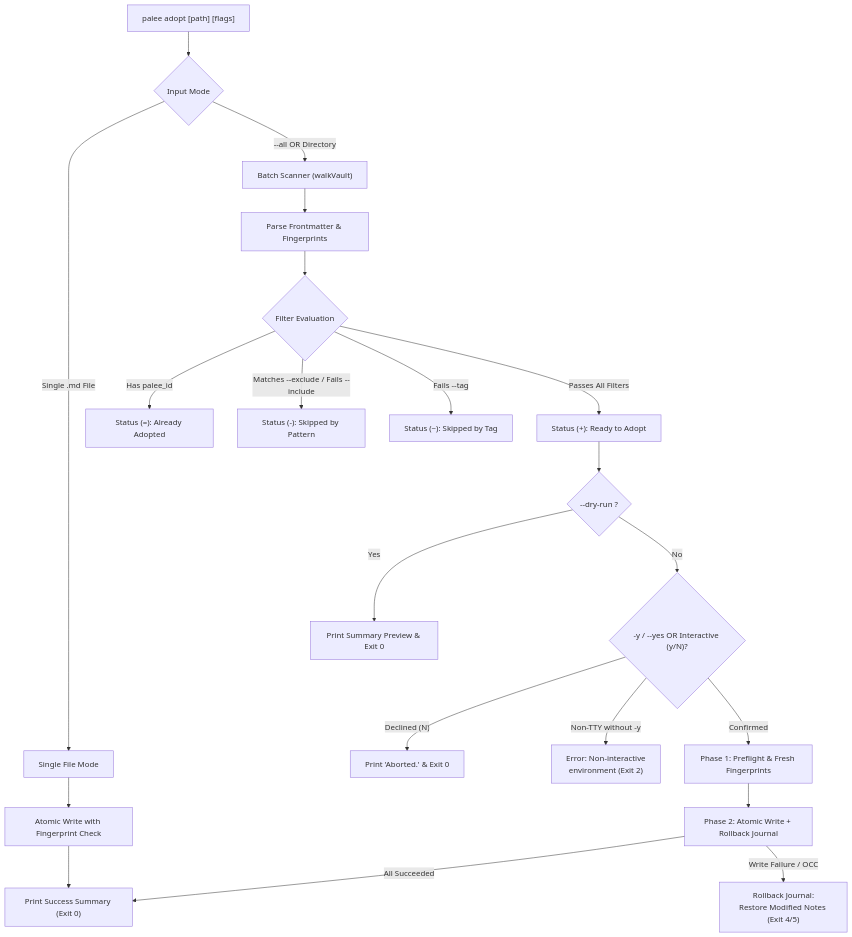
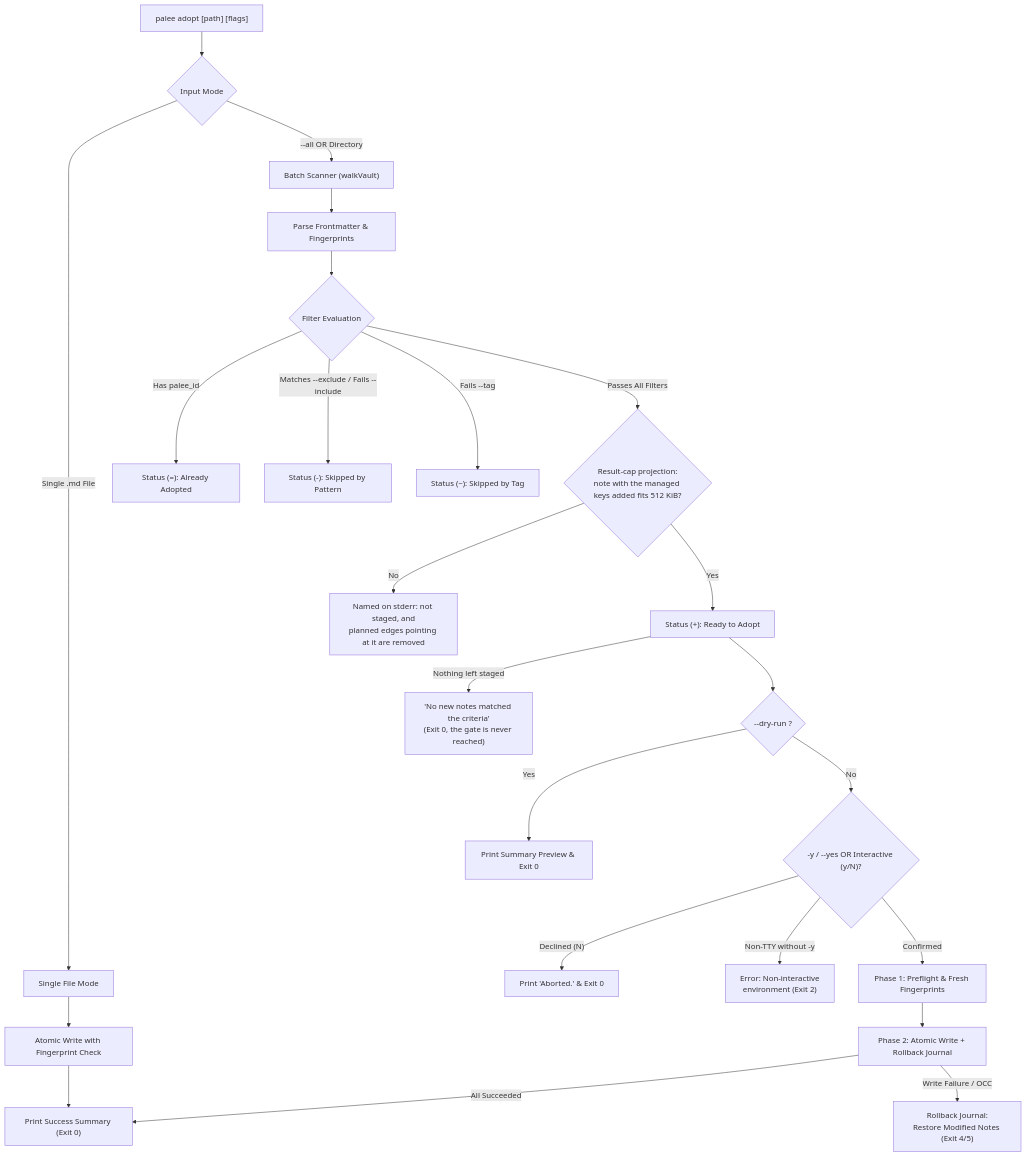
Before and after one commit to Kuldeep2822k/cli: the first of 2 diagrams in docs/02-1-topic-management-commands.md, drawn with Mermaid. The commit also changed other lines of this file and 19 other files, not shown here.

First line of the commit message:
fix(storage): apply the note read cap to the adoption, undo and roadmap write paths (#580)

````diff
--- a/docs/02-1-topic-management-commands.md
+++ b/docs/02-1-topic-management-commands.md
@@ -162,29 +162,32 @@
 ```mermaid
 flowchart TD
     Start["palee adopt [path] [flags]"] --> CheckMode{"Input Mode"}
     
     CheckMode -->|"Single .md File"| SingleFlow["Single File Mode"]
     CheckMode -->|"--all OR Directory"| BatchFlow["Batch Scanner (walkVault)"]
     
     BatchFlow --> ParseLoop["Parse Frontmatter & Fingerprints"]
     ParseLoop --> FilterCheck{"Filter Evaluation"}
     
     FilterCheck -->|"Has palee_id"| SkipAdopted["Status (=): Already Adopted"]
     FilterCheck -->|"Matches --exclude / Fails --include"| SkipPattern["Status (-): Skipped by Pattern"]
     FilterCheck -->|"Fails --tag"| SkipTag["Status (~): Skipped by Tag"]
-    FilterCheck -->|"Passes All Filters"| Staged["Status (+): Ready to Adopt"]
+    FilterCheck -->|"Passes All Filters"| Project{"Result-cap projection:<br/>note with the managed keys added fits 512 KiB?"}
+    Project -->|"No"| SkipOversized["Named on stderr: not staged, and<br/>planned edges pointing at it are removed"]
+    Project -->|"Yes"| Staged["Status (+): Ready to Adopt"]
     
+    Staged -->|"Nothing left staged"| EmptyBatch["'No new notes matched the criteria'<br/>(Exit 0, the gate is never reached)"]
     Staged --> DryCheck{"--dry-run ?"}
     DryCheck -->|"Yes"| PrintDry["Print Summary Preview & Exit 0"]
     DryCheck -->|"No"| ConfirmCheck{"-y / --yes OR Interactive (y/N)?"}
     
     ConfirmCheck -->|"Declined (N)"| Abort["Print 'Aborted.' & Exit 0"]
     ConfirmCheck -->|"Non-TTY without -y"| ErrTTY["Error: Non-interactive<br/>environment (Exit 2)"]
     ConfirmCheck -->|"Confirmed"| Phase1["Phase 1: Preflight & Fresh Fingerprints"]
     
     Phase1 --> Phase2["Phase 2: Atomic Write + Rollback Journal"]
     Phase2 -->|"All Succeeded"| Done["Print Success Summary (Exit 0)"]
     Phase2 -->|"Write Failure / OCC"| Rollback["Rollback Journal:<br/>Restore Modified Notes (Exit 4/5)"]
     SingleFlow --> AtomicSingle["Atomic Write with Fingerprint Check"]
     AtomicSingle --> Done
 ```
````
